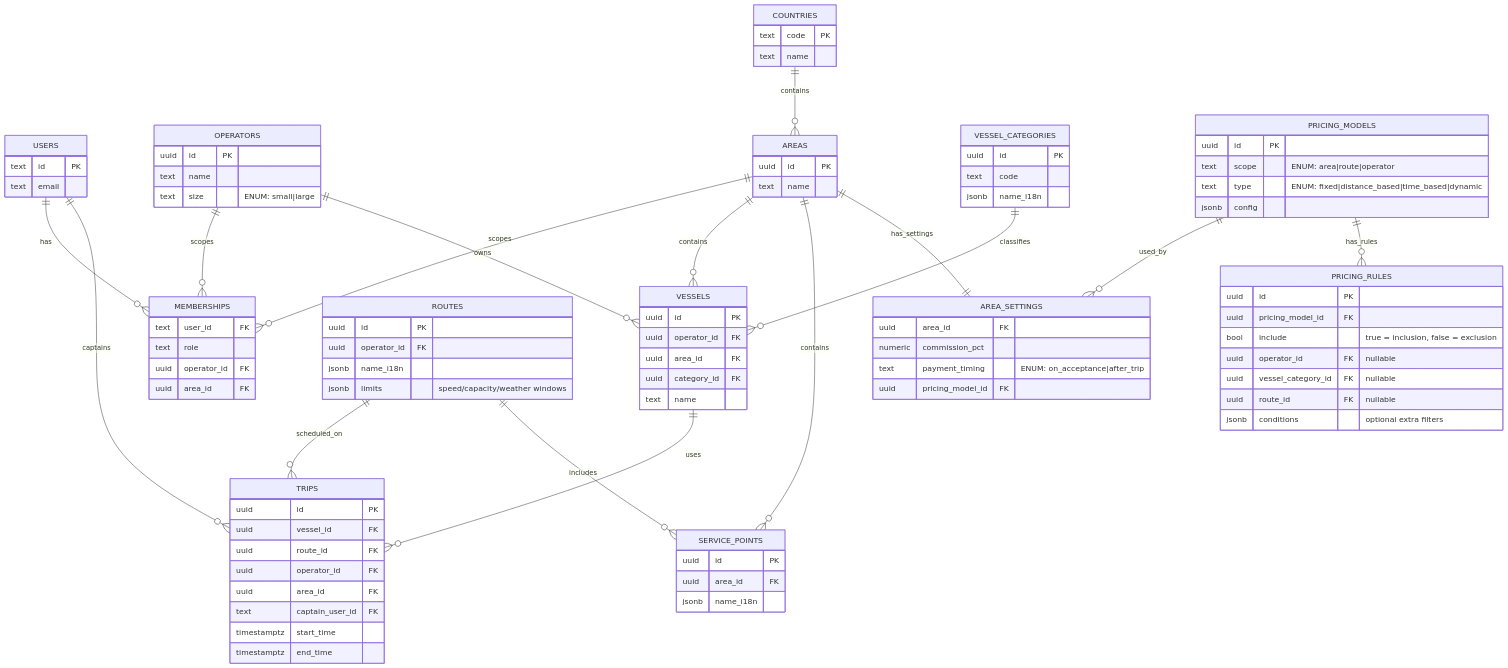
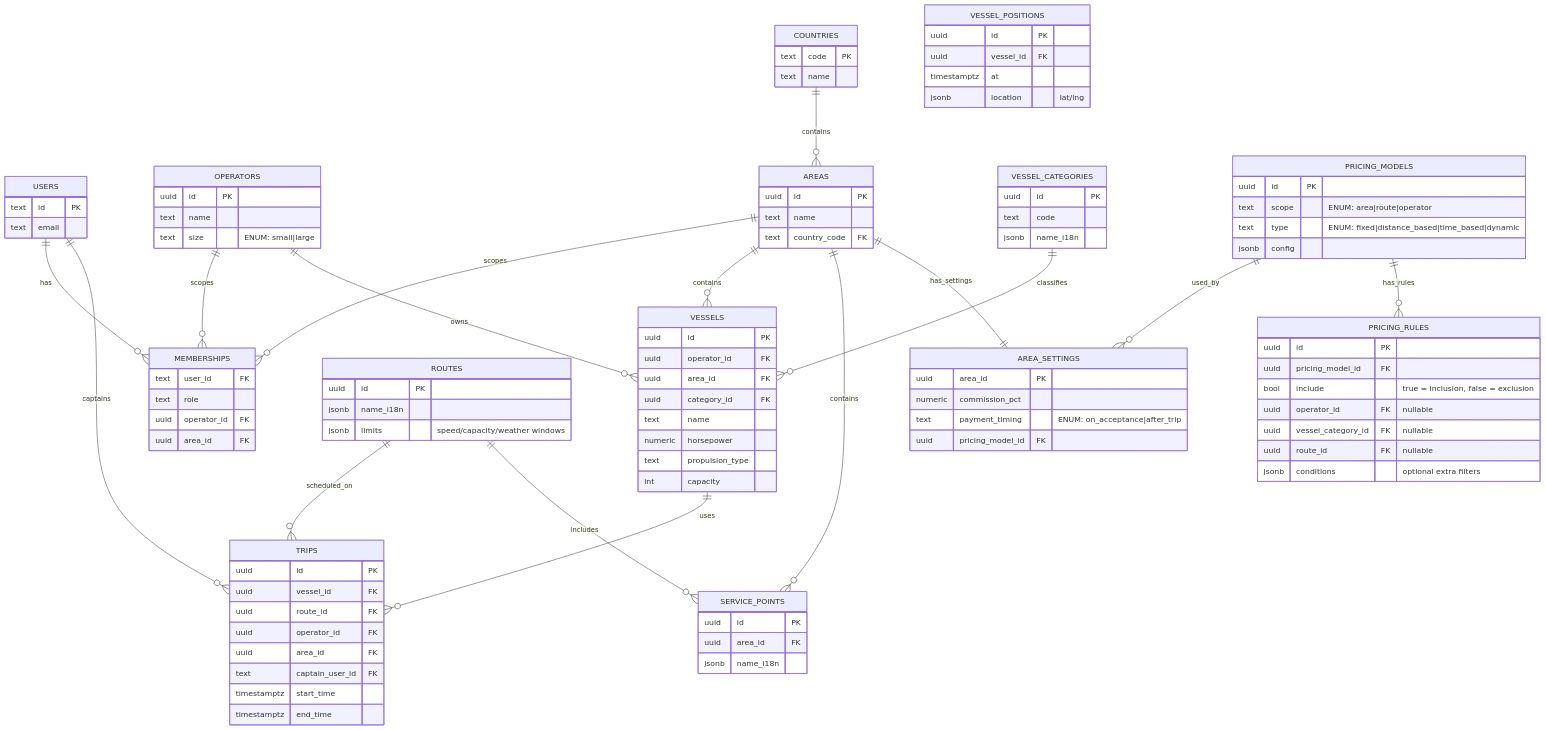
Before and after one commit to topipena/bout-planning: the diagram in er.md, drawn with Mermaid.

Commit message:
Some clarifications

```diff
--- a/er.md
+++ b/er.md
@@ -19,6 +19,7 @@
   AREAS {
     uuid id PK
     text name
+    text country_code FK
   }
 
   MEMBERSHIPS {
@@ -34,6 +35,16 @@
     uuid area_id FK
     uuid category_id FK
     text name
+    numeric horsepower
+    text propulsion_type
+    int capacity
+  }
+
+  VESSEL_POSITIONS {
+    uuid id PK
+    uuid vessel_id FK
+    timestamptz at
+    jsonb location "lat/lng"
   }
 
   VESSEL_CATEGORIES {
@@ -44,7 +55,6 @@
 
   ROUTES {
     uuid id PK
-    uuid operator_id FK
     jsonb name_i18n
     jsonb limits "speed/capacity/weather windows"
   }
@@ -67,7 +77,7 @@
   }
 
   AREA_SETTINGS {
-    uuid area_id FK
+    uuid area_id PK
     numeric commission_pct
     text payment_timing "ENUM: on_acceptance|after_trip"
     uuid pricing_model_id FK
```
